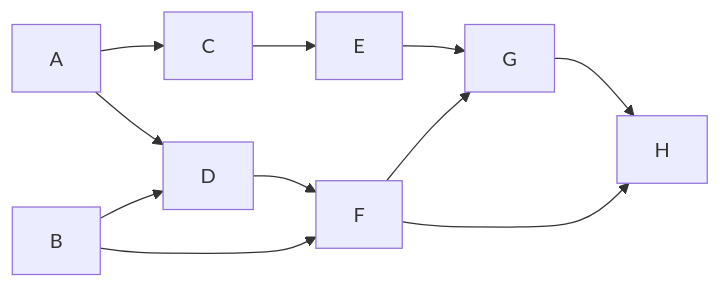
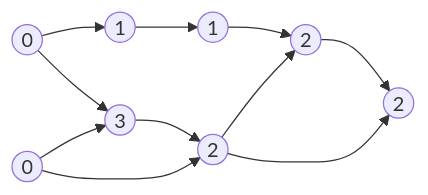
The second of 3 diagrams in 2. Letnik/Podatkovne strukture in algoritmi/vaje 12-1-2022.md (Tiggax/Zapiski), drawn with Mermaid before and after one commit. The commit also changed other lines of this file and 1 other file, not shown here.

````diff
--- a/2. Letnik/Podatkovne strukture in algoritmi/vaje 12-1-2022.md
+++ b/2. Letnik/Podatkovne strukture in algoritmi/vaje 12-1-2022.md
@@ -109,7 +110,7 @@
 ```mermaid
 graph LR
-A-->C-->E-->G-->H
-A-->D-->F-->H
+A((0))-->C((1))-->E((1))-->G((2))-->H((2))
+A-->D((3))-->F((2))-->H
 F-->G
-B-->F & D
+B((0))-->F & D
 ```
````
